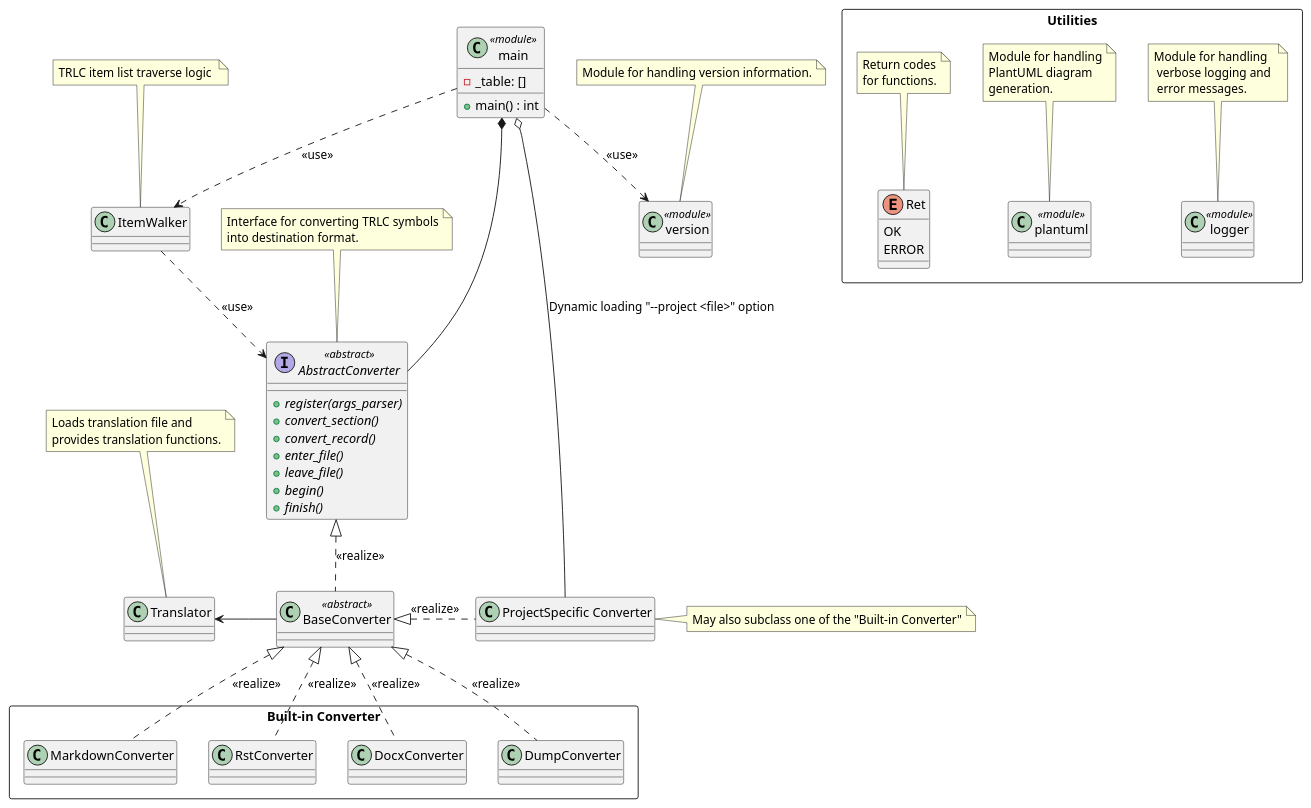
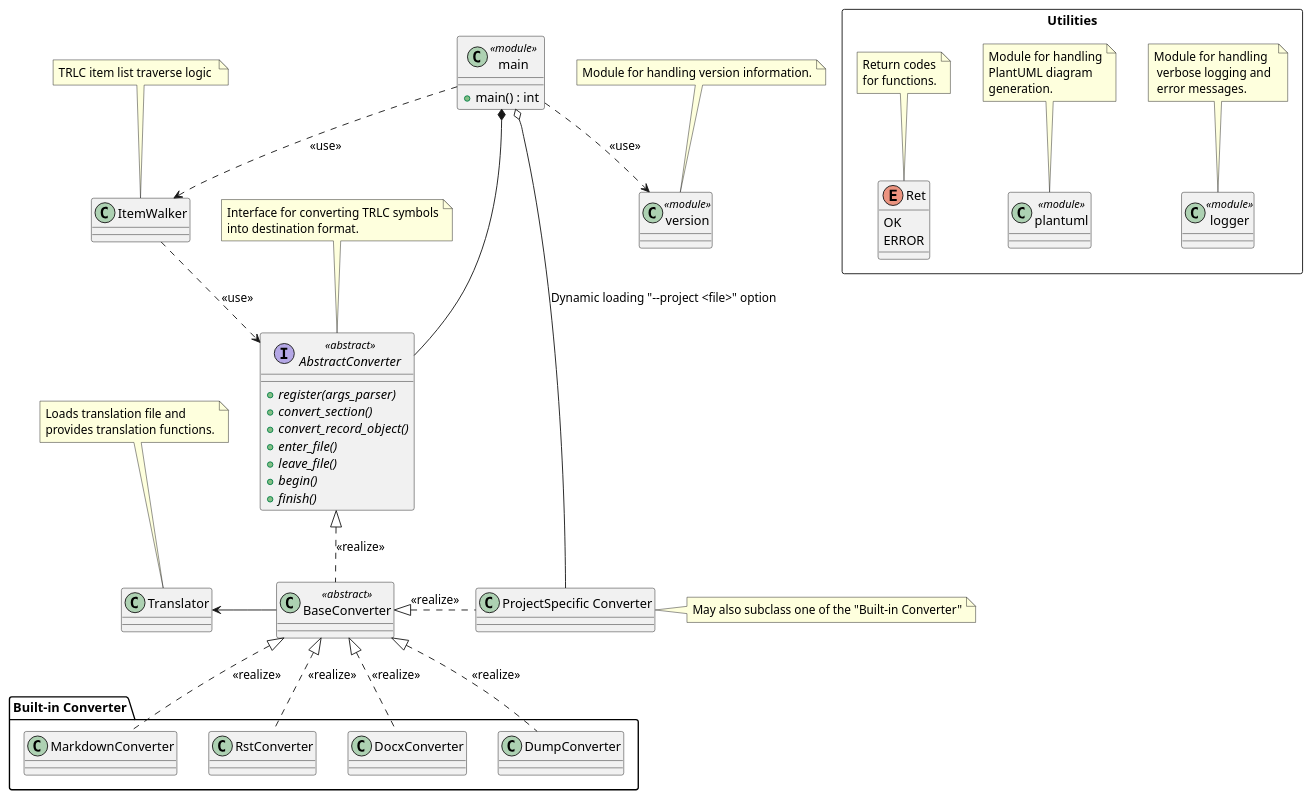
Before and after one commit to NewTec-GmbH/pyTRLCConverter: the diagram in doc/architecture/class_diagram.puml, drawn with PlantUML. The commit also changed 35 other files, not shown here.

First line of the commit message:
docs(arch): Add software architecture documentation.

```diff
--- a/doc/architecture/class_diagram.puml
+++ b/doc/architecture/class_diagram.puml
@@ -1,119 +1,117 @@
 @startuml class_diagram
 
 interface "AbstractConverter" as abstractConverter <<abstract>> {
     + {abstract} register(args_parser)
     + {abstract} convert_section()
-    + {abstract} convert_record()
+    + {abstract} convert_record_object()
     + {abstract} enter_file()
     + {abstract} leave_file()
     + {abstract} begin()
     + {abstract} finish()
-
 }
 
 note top of abstractConverter
     Interface for converting TRLC symbols
     into destination format.
 end note
 
 class "BaseConverter" as baseConverter <<abstract>> {
 }
 
-rectangle "Built-in Converter" {
+package "Built-in Converter" {
 
     class "MarkdownConverter" as markdownConverter {
     }
 
     class "RstConverter" as rstConverter {
 
     }
 
     class "DocxConverter" as docxConverter {
     }
 
     class "DumpConverter" as dumpConverter {
     }
 }
 
 abstractConverter <|.. baseConverter: <<realize>>
 baseConverter <|.. markdownConverter: <<realize>>
 baseConverter <|.. docxConverter: <<realize>>
 baseConverter <|.. dumpConverter: <<realize>>
 baseConverter <|.. rstConverter: <<realize>>
 
 class "version" as version <<module>> {
 }
 
 note top of version
     Module for handling version information.
 end note
 
 rectangle Utilities {
 
     class "logger" as logger <<module>> {
     }
 
     note top of logger
         Module for handling
          verbose logging and 
          error messages.
     end note
 
     class "plantuml" as plantuml <<module>> {
     }
 
     note top of plantuml
         Module for handling
         PlantUML diagram
         generation.
     end note
 
     enum Ret {
         OK
         ERROR
     }
 
     note top of Ret
         Return codes
         for functions.
     end note
 }
 
 class "main" as main <<module>> {
-    - _table: []
     + main() : int
 }
 
 class "ItemWalker" as itemWalker
 
 note top of itemWalker
     TRLC item list traverse logic 
 end note
 
 
 main ..> itemWalker: <<use>>
 itemWalker ..> abstractConverter: <<use>>
 main *--- abstractConverter
 main ..> version: <<use>>
 
 
 class "ProjectSpecific Converter" as prjSpecConverter {
 }
 
 note right of prjSpecConverter
 May also subclass one of the "Built-in Converter"
 end note
 
 baseConverter <|.r. prjSpecConverter: <<realize>>
 main o- prjSpecConverter : Dynamic loading "--project <file>" option
 
 class "Translator" as translator
 
 note top of translator
     Loads translation file and
     provides translation functions.
 end note
 
 translator <- baseConverter
 
 @enduml
```
